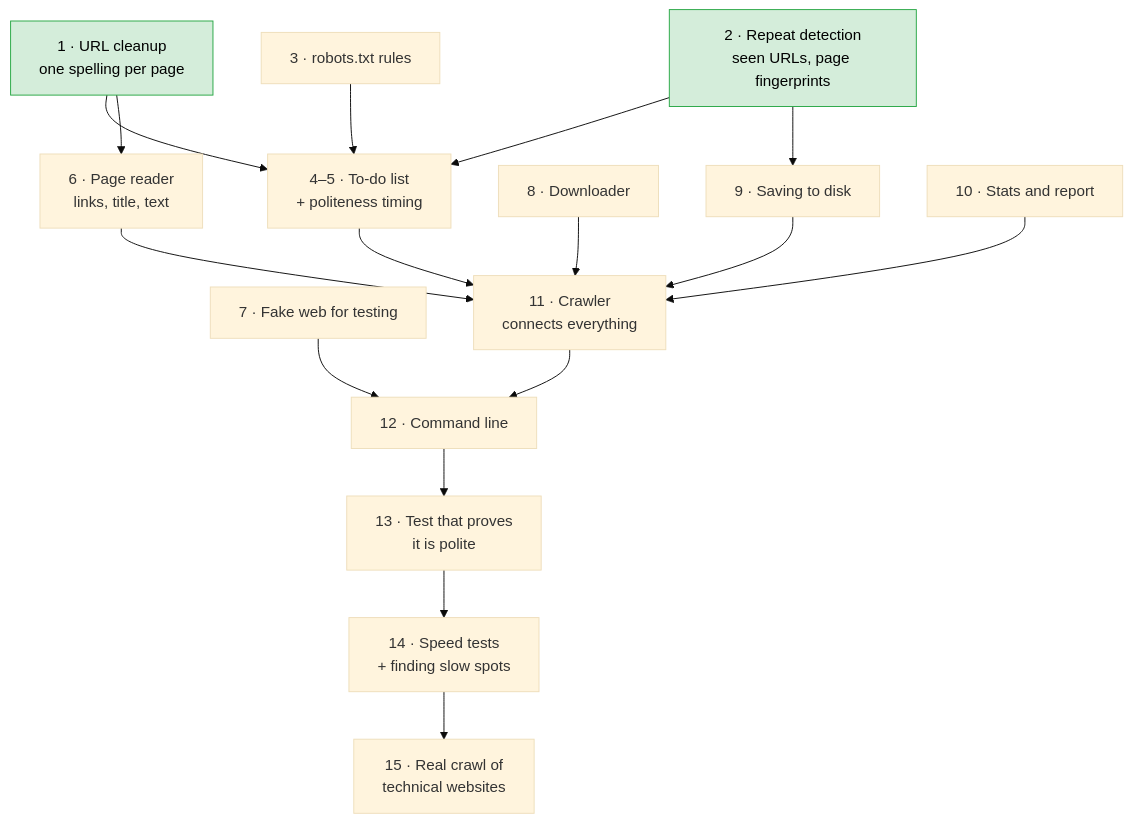
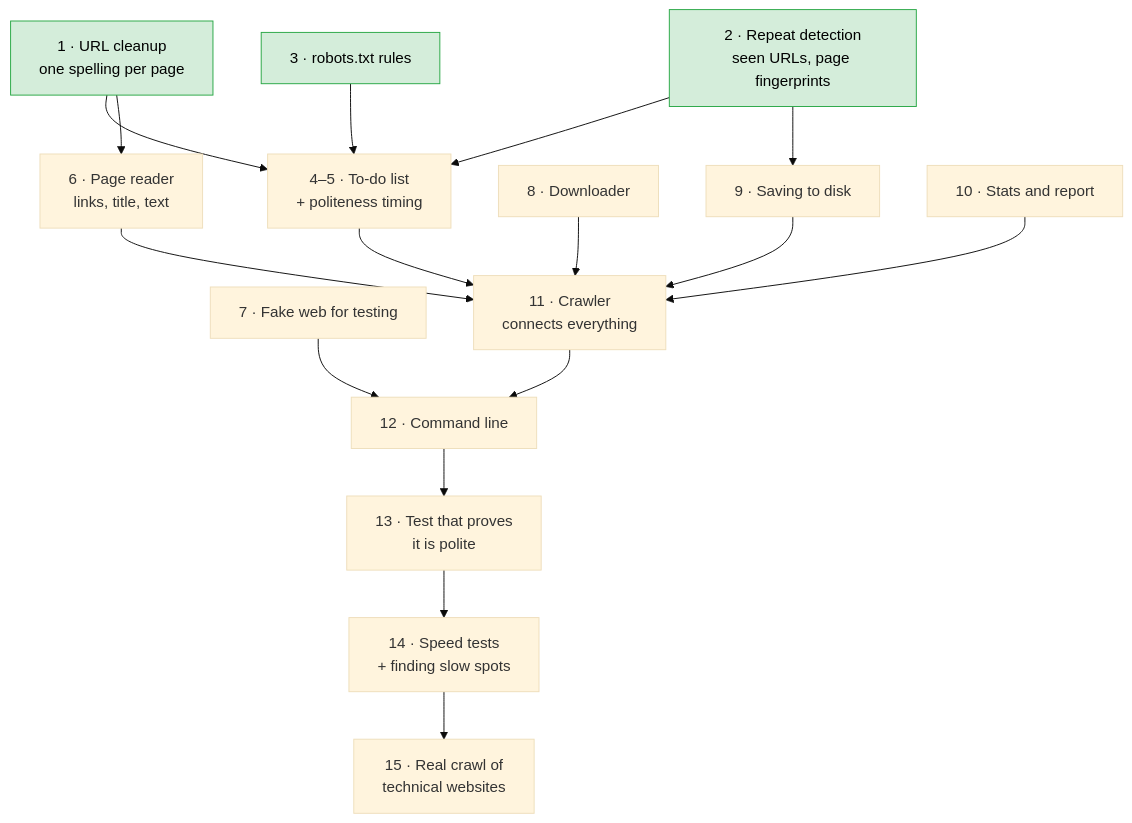
Before and after one commit to Armaan-king/McCrawl: the fourth of 4 diagrams in README.md, drawn with Mermaid (base theme). The commit also changed other lines of this file and 7 other files, not shown here.

First line of the commit message:
feat(robots): RFC 9309 rules and robots URL

````diff
--- a/README.md
+++ b/README.md
@@ -118,33 +118,33 @@
 ```mermaid
 flowchart TD
     urlnorm["1 · URL cleanup<br/>one spelling per page"]:::done
     dedup["2 · Repeat detection<br/>seen URLs, page fingerprints"]:::done
-    robots["3 · robots.txt rules"]
+    robots["3 · robots.txt rules"]:::done
     frontier["4–5 · To-do list<br/>+ politeness timing"]
     parse["6 · Page reader<br/>links, title, text"]
     mockweb["7 · Fake web for testing"]
     fetch["8 · Downloader"]
     store["9 · Saving to disk"]
     metrics["10 · Stats and report"]
     crawler["11 · Crawler<br/>connects everything"]
     cli["12 · Command line"]
     proof["13 · Test that proves<br/>it is polite"]
     bench["14 · Speed tests<br/>+ finding slow spots"]
     real["15 · Real crawl of<br/>technical websites"]
 
     urlnorm --> frontier
     dedup --> frontier
     robots --> frontier
     urlnorm --> parse
     dedup --> store
     frontier --> crawler
     parse --> crawler
     fetch --> crawler
     store --> crawler
     metrics --> crawler
     crawler --> cli
     mockweb --> cli
     cli --> proof --> bench --> real
 
     classDef done fill:#d4edda,stroke:#28a745,color:#000
 ```
````
